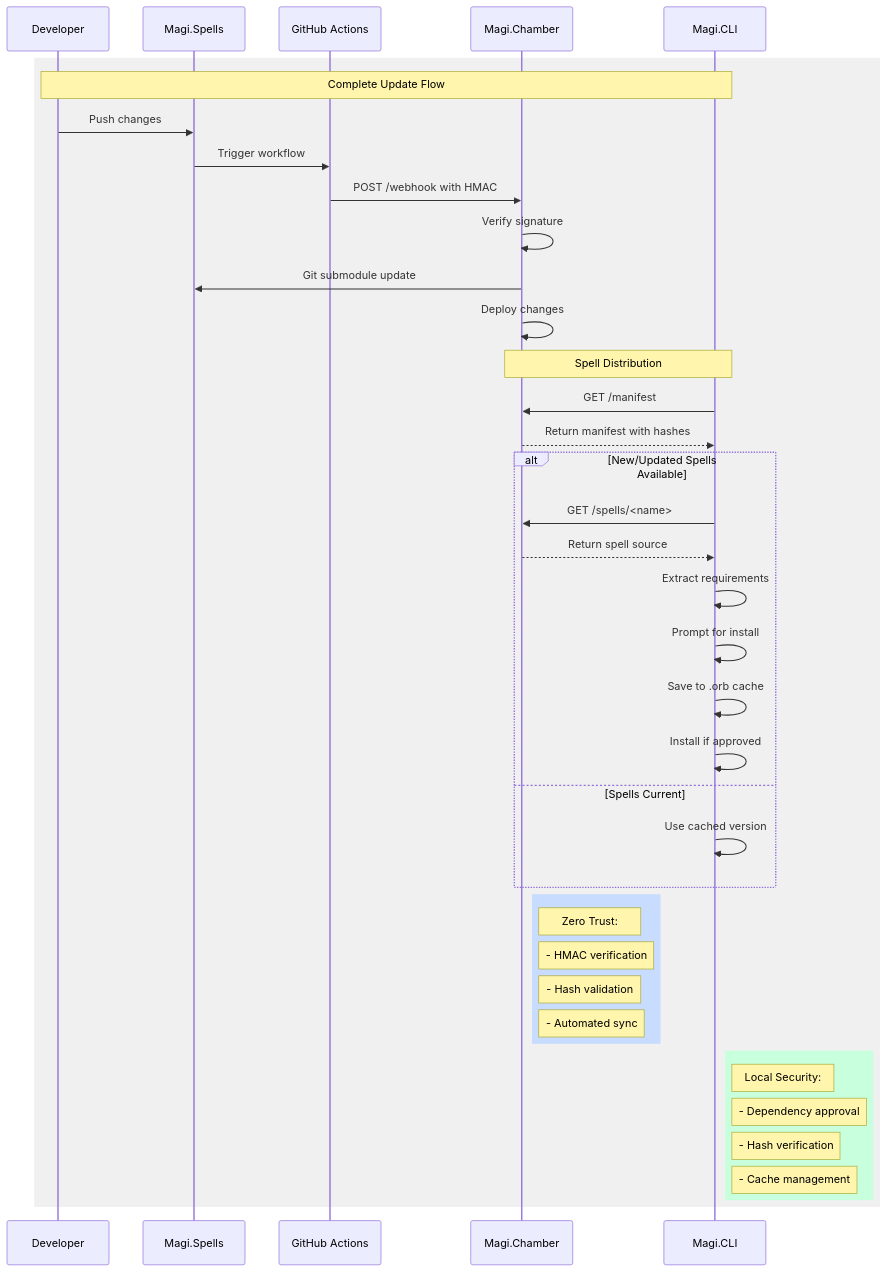
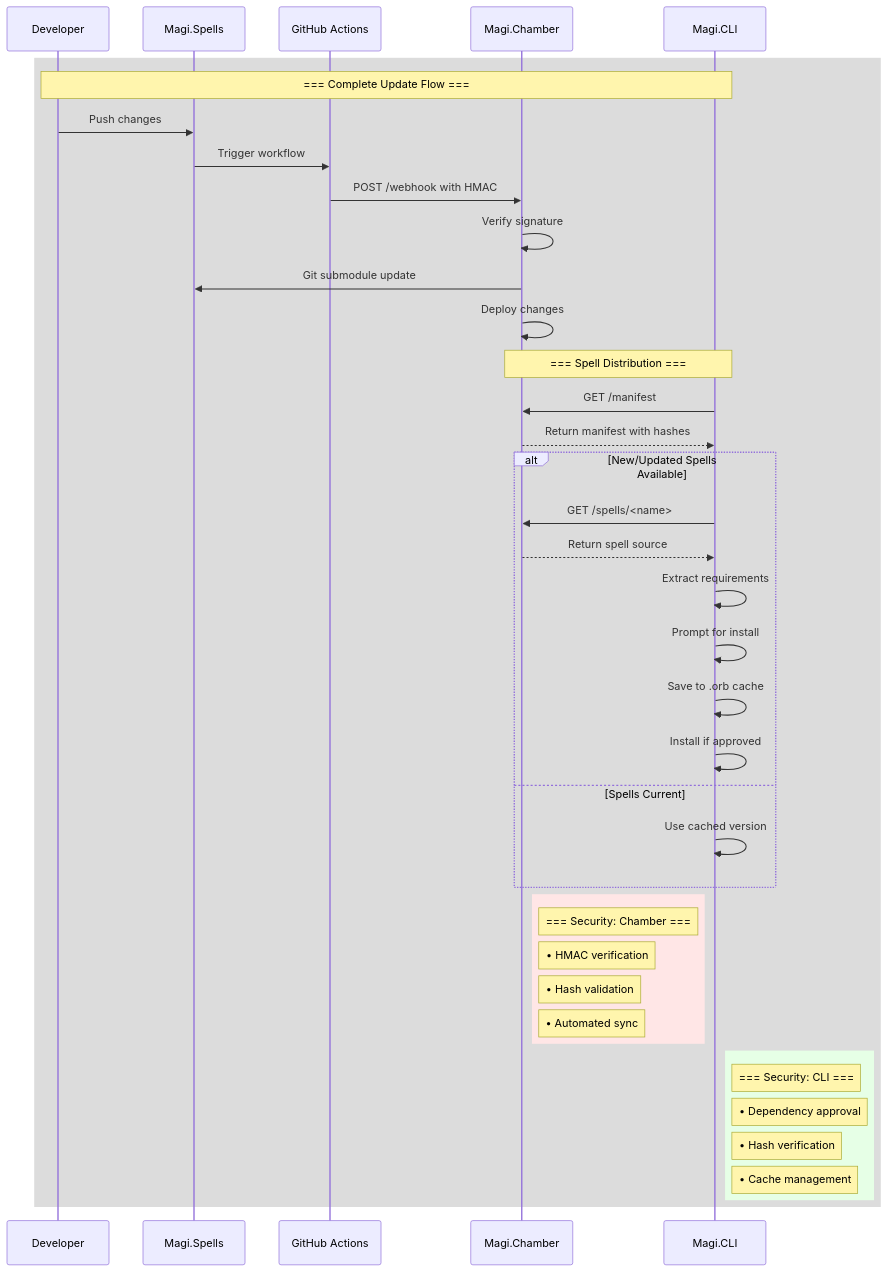
Before and after one commit to bobbyhiddn/Magi.: the diagram in README.md, drawn with Mermaid.

Commit message:
diagram update

````diff
--- a/README.md
+++ b/README.md
@@ -154,49 +154,49 @@
 ```mermaid
 sequenceDiagram
-    rect rgb(240, 240, 240)
+    rect rgb(220, 220, 220)
         participant Dev as Developer
         participant Spells as Magi.Spells
         participant Actions as GitHub Actions
         participant Chamber as Magi.Chamber
         participant CLI as Magi.CLI
 
-        note over Dev,CLI: Complete Update Flow
+        note over Dev,CLI: === Complete Update Flow ===
 
         Dev->>Spells: Push changes
         Spells->>Actions: Trigger workflow
         Actions->>Chamber: POST /webhook with HMAC
         Chamber->>Chamber: Verify signature
         Chamber->>Spells: Git submodule update
         Chamber->>Chamber: Deploy changes
 
-        note over CLI,Chamber: Spell Distribution
+        note over CLI,Chamber: === Spell Distribution ===
 
         CLI->>Chamber: GET /manifest
         Chamber-->>CLI: Return manifest with hashes
         
         alt New/Updated Spells Available
             CLI->>Chamber: GET /spells/<name>
             Chamber-->>CLI: Return spell source
             CLI->>CLI: Extract requirements
             CLI->>CLI: Prompt for install
             CLI->>CLI: Save to .orb cache
             CLI->>CLI: Install if approved
         else Spells Current
             CLI->>CLI: Use cached version
         end
 
-        rect rgb(200, 220, 255)
-            note right of Chamber: Zero Trust:
-            note right of Chamber: - HMAC verification
-            note right of Chamber: - Hash validation
-            note right of Chamber: - Automated sync
+        rect rgb(255, 230, 230)
+            note right of Chamber: === Security: Chamber ===
+            note right of Chamber: • HMAC verification
+            note right of Chamber: • Hash validation
+            note right of Chamber: • Automated sync
         end
 
-        rect rgb(200, 255, 220)
-            note right of CLI: Local Security:
-            note right of CLI: - Dependency approval
-            note right of CLI: - Hash verification
-            note right of CLI: - Cache management
+        rect rgb(230, 255, 230)
+            note right of CLI: === Security: CLI ===
+            note right of CLI: • Dependency approval
+            note right of CLI: • Hash verification
+            note right of CLI: • Cache management
         end
     end
 ```
````
